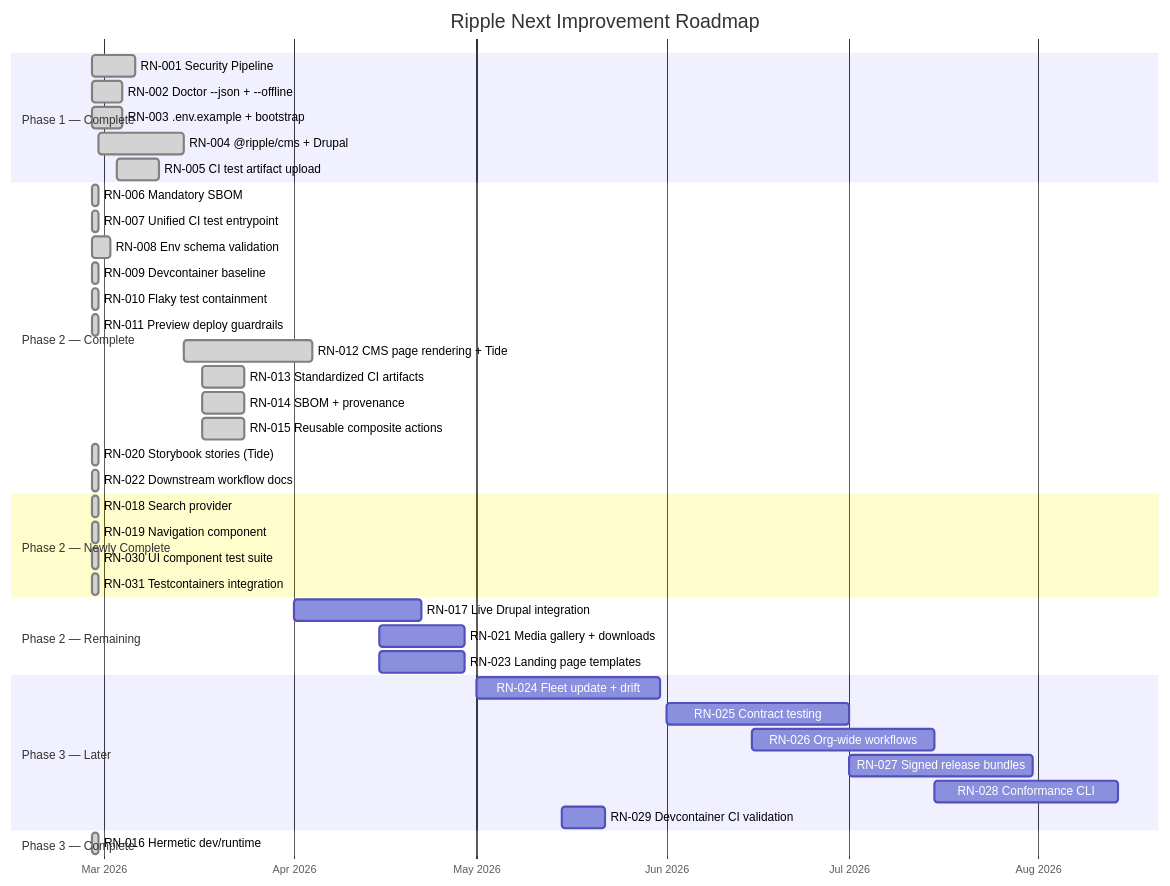
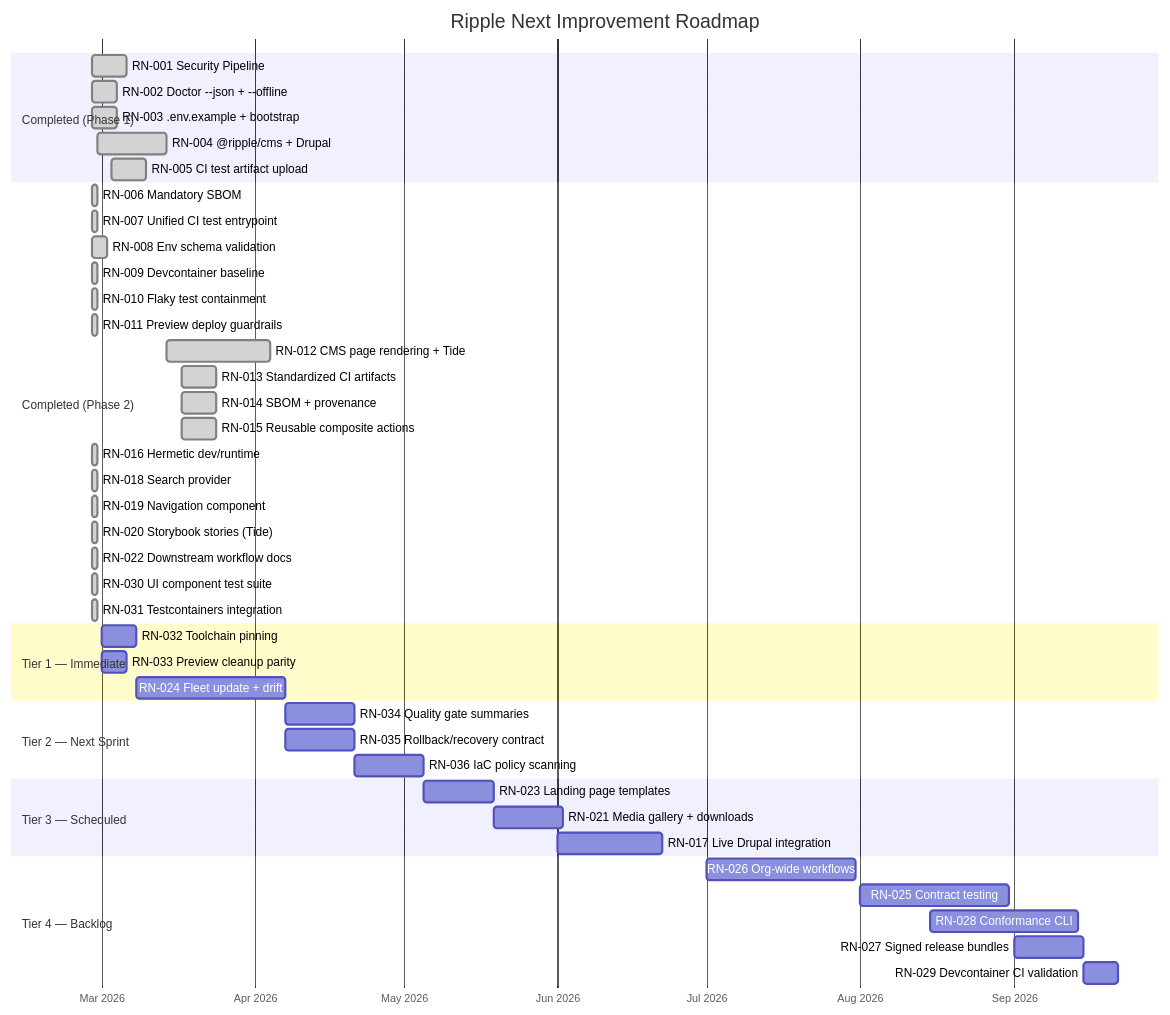
Before and after one commit to jbejenar/ripple-next: the second of 6 diagrams in docs/product-roadmap/README.md, drawn with Mermaid. The commit also changed other lines of this file and 2 other files, not shown here.

First line of the commit message:
docs: reorganise roadmap with AI-first priority tiers (ADR-016)

````diff
--- a/docs/product-roadmap/README.md
+++ b/docs/product-roadmap/README.md
@@ -372,49 +379,54 @@
 ```mermaid
 gantt
     title Ripple Next Improvement Roadmap
     dateFormat YYYY-MM-DD
     axisFormat %b %Y
 
-    section Phase 1 — Complete
+    section Completed (Phase 1)
     RN-001 Security Pipeline              :done, rn001, 2026-02-27, 7d
     RN-002 Doctor --json + --offline       :done, rn002, 2026-02-27, 5d
     RN-003 .env.example + bootstrap        :done, rn003, 2026-02-27, 5d
     RN-004 @ripple/cms + Drupal            :done, rn004, 2026-02-28, 14d
     RN-005 CI test artifact upload         :done, rn005, 2026-03-03, 7d
 
-    section Phase 2 — Complete
+    section Completed (Phase 2)
     RN-006 Mandatory SBOM                  :done, rn006, 2026-02-27, 1d
     RN-007 Unified CI test entrypoint      :done, rn007, 2026-02-27, 1d
     RN-008 Env schema validation           :done, rn008, 2026-02-27, 3d
     RN-009 Devcontainer baseline           :done, rn009, 2026-02-27, 1d
     RN-010 Flaky test containment          :done, rn010, 2026-02-27, 1d
     RN-011 Preview deploy guardrails       :done, rn011, 2026-02-27, 1d
     RN-012 CMS page rendering + Tide       :done, rn012, 2026-03-14, 21d
     RN-013 Standardized CI artifacts       :done, rn013, 2026-03-17, 7d
     RN-014 SBOM + provenance               :done, rn014, 2026-03-17, 7d
     RN-015 Reusable composite actions      :done, rn015, 2026-03-17, 7d
+    RN-016 Hermetic dev/runtime            :done, rn016, 2026-02-27, 1d
+    RN-018 Search provider                 :done, rn018, 2026-02-27, 1d
+    RN-019 Navigation component            :done, rn019, 2026-02-27, 1d
     RN-020 Storybook stories (Tide)        :done, rn020, 2026-02-27, 1d
     RN-022 Downstream workflow docs        :done, rn022, 2026-02-27, 1d
-
-    section Phase 2 — Newly Complete
-    RN-018 Search provider                 :done, rn018, 2026-02-27, 1d
-    RN-019 Navigation component            :done, rn019, 2026-02-27, 1d
     RN-030 UI component test suite         :done, rn030, 2026-02-27, 1d
     RN-031 Testcontainers integration      :done, rn031, 2026-02-27, 1d
 
-    section Phase 2 — Remaining
-    RN-017 Live Drupal integration         :rn017, 2026-04-01, 21d
-    RN-021 Media gallery + downloads       :rn021, 2026-04-15, 14d
-    RN-023 Landing page templates          :rn023, 2026-04-15, 14d
+    section Tier 1 — Immediate
+    RN-032 Toolchain pinning               :rn032, 2026-03-01, 7d
+    RN-033 Preview cleanup parity          :rn033, 2026-03-01, 5d
+    RN-024 Fleet update + drift            :rn024, 2026-03-08, 30d
 
-    section Phase 3 — Later
-    RN-024 Fleet update + drift            :rn024, 2026-05-01, 30d
-    RN-025 Contract testing                :rn025, 2026-06-01, 30d
-    RN-026 Org-wide workflows              :rn026, 2026-06-15, 30d
-    RN-027 Signed release bundles          :rn027, 2026-07-01, 30d
-    RN-028 Conformance CLI                 :rn028, 2026-07-15, 30d
-    RN-029 Devcontainer CI validation      :rn029, 2026-05-15, 7d
+    section Tier 2 — Next Sprint
+    RN-034 Quality gate summaries          :rn034, 2026-04-07, 14d
+    RN-035 Rollback/recovery contract      :rn035, 2026-04-07, 14d
+    RN-036 IaC policy scanning             :rn036, 2026-04-21, 14d
 
-    section Phase 3 — Complete
-    RN-016 Hermetic dev/runtime            :done, rn016, 2026-02-27, 1d
+    section Tier 3 — Scheduled
+    RN-023 Landing page templates          :rn023, 2026-05-05, 14d
+    RN-021 Media gallery + downloads       :rn021, 2026-05-19, 14d
+    RN-017 Live Drupal integration         :rn017, 2026-06-01, 21d
+
+    section Tier 4 — Backlog
+    RN-026 Org-wide workflows              :rn026, 2026-07-01, 30d
+    RN-025 Contract testing                :rn025, 2026-08-01, 30d
+    RN-028 Conformance CLI                 :rn028, 2026-08-15, 30d
+    RN-027 Signed release bundles          :rn027, 2026-09-01, 14d
+    RN-029 Devcontainer CI validation      :rn029, 2026-09-15, 7d
 ```
````
